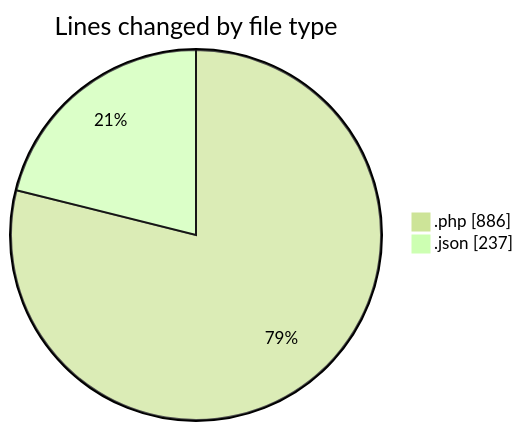
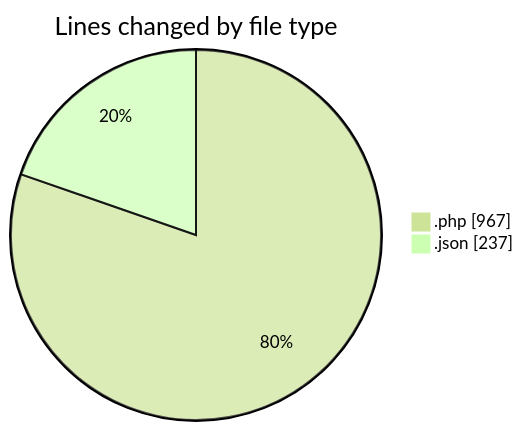
The first of 2 diagrams in 2025-06-02/studio-backend/README.md (idhammustaqopulfikri/code-tracking), drawn with Mermaid (forest theme) before and after one commit. The commit also changed other lines of this file and 1 other file, not shown here.

````diff
--- a/2025-06-02/studio-backend/README.md
+++ b/2025-06-02/studio-backend/README.md
@@ -33,6 +34,6 @@
 ```mermaid
 pie showData
 title Lines changed by file type
-".php" : 886
+".php" : 967
 ".json" : 237
 ```
````
